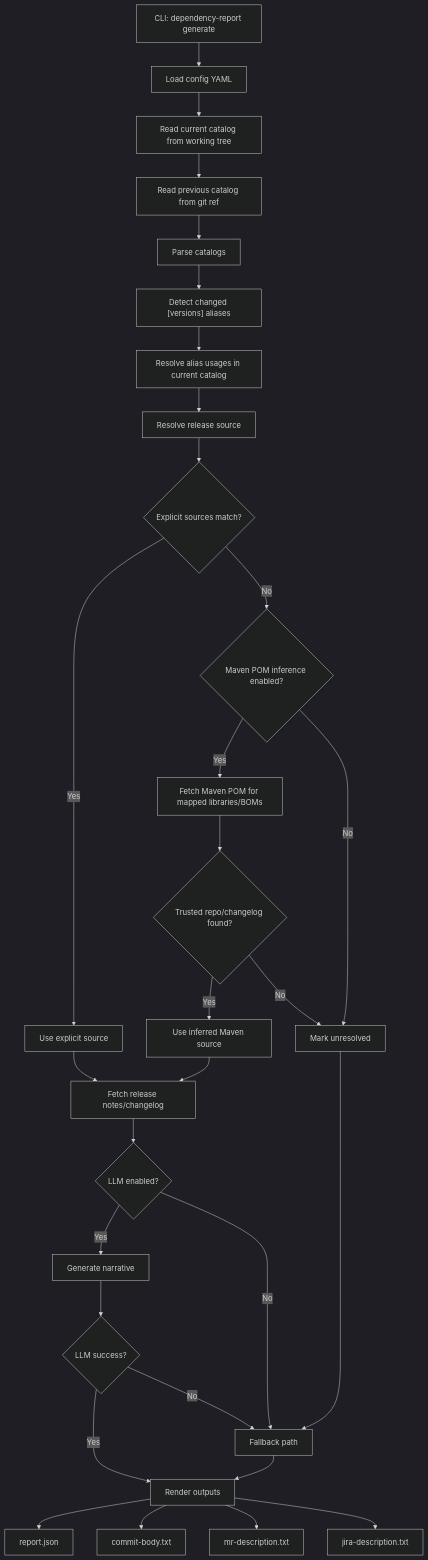
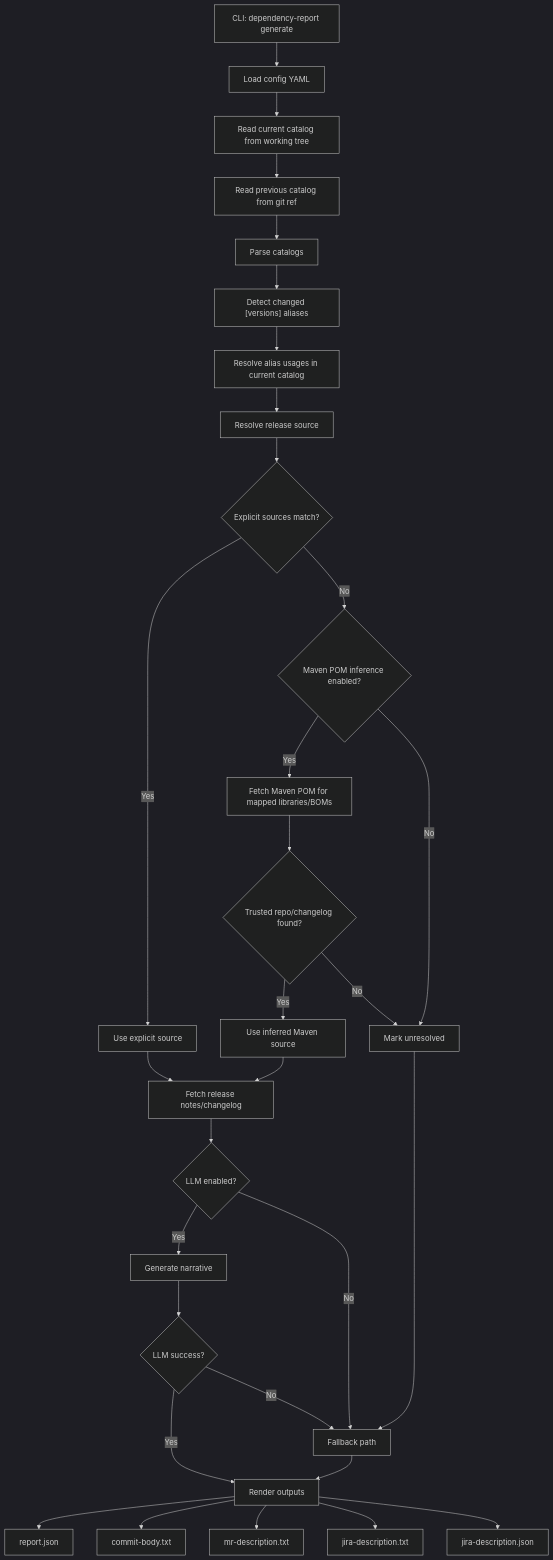
The diagram in README.md (hugy-org/dependency-upgrade-report), drawn with Mermaid (dark theme) before and after one commit. The commit also changed other lines of this file and 14 other files, not shown here.

````diff
--- a/README.md
+++ b/README.md
@@ -63,32 +64,33 @@
 ```mermaid
 flowchart TD
     A["CLI: dependency-report generate"] --> B["Load config YAML"]
     B --> C["Read current catalog from working tree"]
     C --> D["Read previous catalog from git ref"]
     D --> E["Parse catalogs"]
     E --> F["Detect changed [versions] aliases"]
     F --> G["Resolve alias usages in current catalog"]
     G --> H["Resolve release source"]
     H --> H1{"Explicit sources match?"}
     H1 -->|Yes| H2["Use explicit source"]
     H1 -->|No| H3{"Maven POM inference enabled?"}
     H3 -->|Yes| H4["Fetch Maven POM for mapped libraries/BOMs"]
     H4 --> H5{"Trusted repo/changelog found?"}
     H5 -->|Yes| H6["Use inferred Maven source"]
     H5 -->|No| H7["Mark unresolved"]
     H3 -->|No| H7
     H2 --> I["Fetch release notes/changelog"]
     H6 --> I
     H7 --> J["Fallback path"]
     I --> K{"LLM enabled?"}
     K -->|Yes| L["Generate narrative"]
     K -->|No| J
     L --> M{"LLM success?"}
     M -->|Yes| N["Render outputs"]
     M -->|No| J
     J --> N
     N --> O["report.json"]
     N --> P["commit-body.txt"]
     N --> Q["mr-description.txt"]
     N --> R["jira-description.txt"]
+    N --> S["jira-description.json"]
 ```
````
